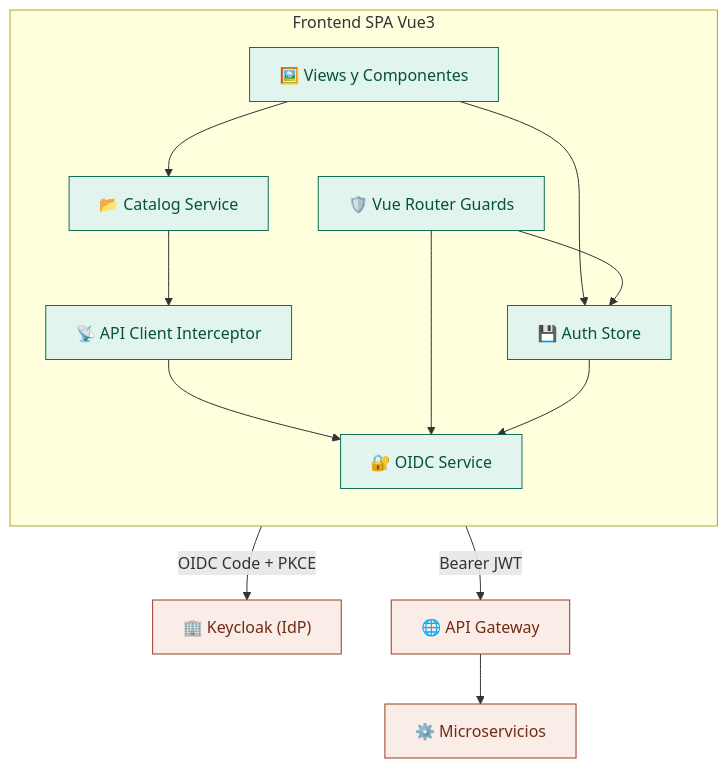
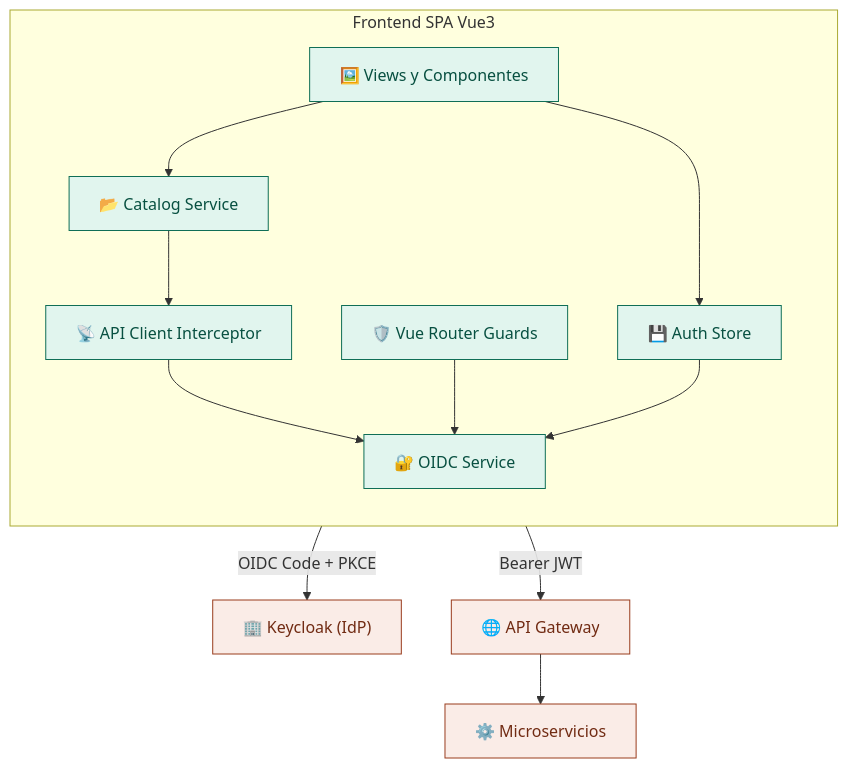
Before and after one commit to LIDR-academy/AI4Devs-finalproject: the fourth of 18 diagrams in readme.md, drawn with Mermaid. The commit also changed other lines of this file and 1 other file, not shown here.

````diff
--- a/readme.md
+++ b/readme.md
@@ -403,37 +421,36 @@
 ```mermaid
 flowchart TB
     %% --- Estilos (Consistentes con la arquitectura anterior) ---
     classDef component fill:#E1F5EE,stroke:#0F6E56,stroke-width:1px,color:#085041;
     classDef external fill:#FAECE7,stroke:#993C1D,stroke-width:1px,color:#712B13;
     classDef subgraphStyle fill:#F9F9F9,stroke:#999,stroke-dasharray: 5 5;
 
     %% --- Subgraph Frontend ---
     subgraph SPA [Frontend SPA Vue3]
         direction TB
         Router["🛡️ Vue Router Guards"]:::component
         Views["🖼️ Views y Componentes"]:::component
         AuthStore["💾 Auth Store"]:::component
         Oidc["🔐 OIDC Service"]:::component
         Http["📡 API Client Interceptor"]:::component
         CatalogSvc["📂 Catalog Service"]:::component
 
         %% Relaciones internas
         Views --> AuthStore
         Views --> CatalogSvc
         CatalogSvc --> Http
         Http --> Oidc
-        Router --> AuthStore
         Router --> Oidc
         AuthStore --> Oidc
     end
 
     %% --- Componentes Externos ---
     IdP["🏢 Keycloak (IdP)"]:::external
     GW["🌐 API Gateway"]:::external
     Services["⚙️ Microservicios"]:::external
 
     %% --- Conexiones externas ---
     Oidc -->|OIDC Code + PKCE| IdP
     Http -->|Bearer JWT| GW
     GW --> Services
 ```
````
